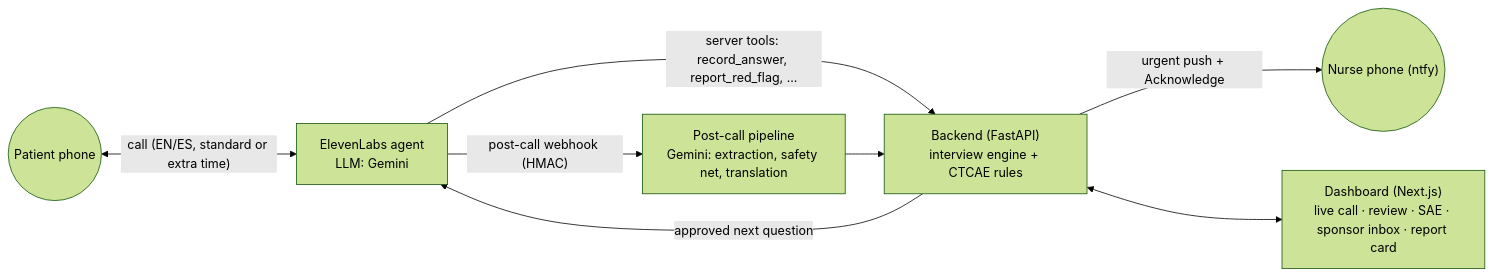
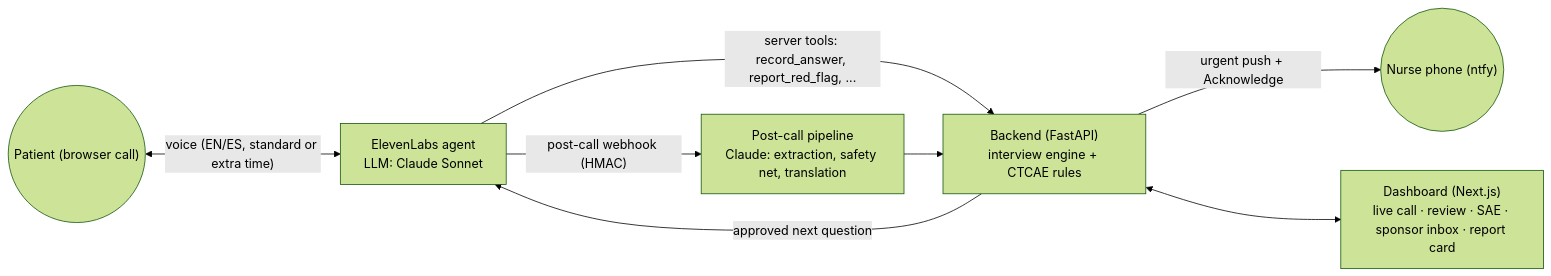
One commit to feruzkarimovv/between-visits changed the diagram in README.md. Above: the diagram before and after it, drawn with Mermaid (forest theme). The commit also changed other lines of this file and 3 other files, not shown here.

Commit message:
Docs and README: Claude is the LLM (voice agent, post-call pipeline, evaluation)

````diff
--- a/README.md
+++ b/README.md
@@ -20,10 +20,10 @@
 ```mermaid
 flowchart LR
-  P(("Patient phone")) <-->|"call (EN/ES, standard or extra time)"| EL["ElevenLabs agent<br/>LLM: Gemini"]
+  P(("Patient (browser call)")) <-->|"voice (EN/ES, standard or extra time)"| EL["ElevenLabs agent<br/>LLM: Claude Sonnet"]
   EL -->|"server tools: record_answer, report_red_flag, ..."| BE["Backend (FastAPI)<br/>interview engine + CTCAE rules"]
   BE -->|"approved next question"| EL
   BE -->|"urgent push + Acknowledge"| N(("Nurse phone (ntfy)"))
-  EL -->|"post-call webhook (HMAC)"| PC["Post-call pipeline<br/>Gemini: extraction, safety net, translation"]
+  EL -->|"post-call webhook (HMAC)"| PC["Post-call pipeline<br/>Claude: extraction, safety net, translation"]
   PC --> BE
   BE <--> FE["Dashboard (Next.js)<br/>live call · review · SAE · sponsor inbox · report card"]
 ```
````
